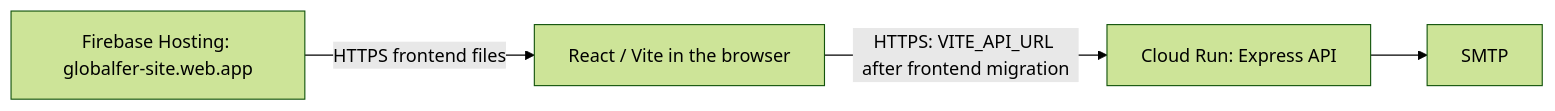
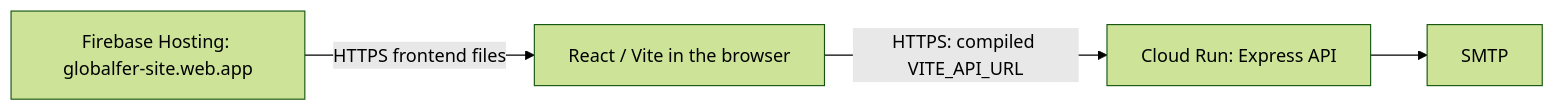
The diagram in README.md (fernandoh88/globalfer-site), drawn with Mermaid (forest theme) before and after one commit. The commit also changed other lines of this file and 2 other files, not shown here.

Commit message:
chore(deploy): connect Firebase frontend to Cloud Run

````diff
--- a/README.md
+++ b/README.md
@@ -110,6 +110,6 @@
 ```mermaid
 flowchart LR
   Hosting["Firebase Hosting: globalfer-site.web.app"] -->|HTTPS frontend files| Browser["React / Vite in the browser"]
-  Browser -->|HTTPS: VITE_API_URL after frontend migration| API["Cloud Run: Express API"]
+  Browser -->|HTTPS: compiled VITE_API_URL| API["Cloud Run: Express API"]
   API --> SMTP
 ```
````
